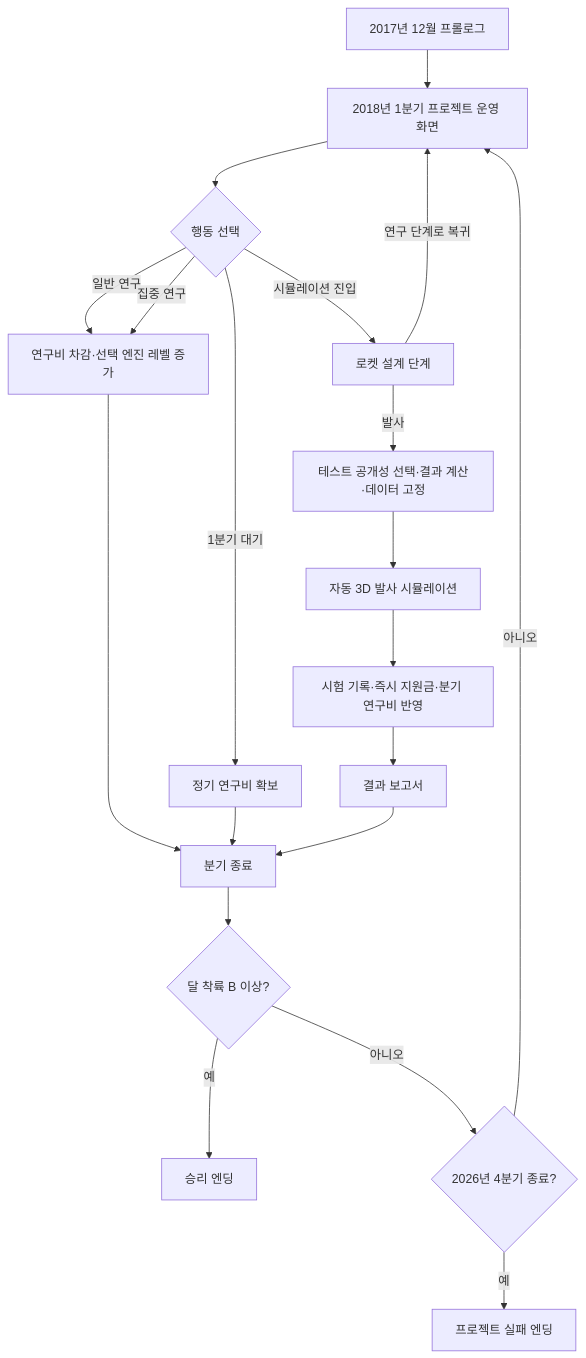
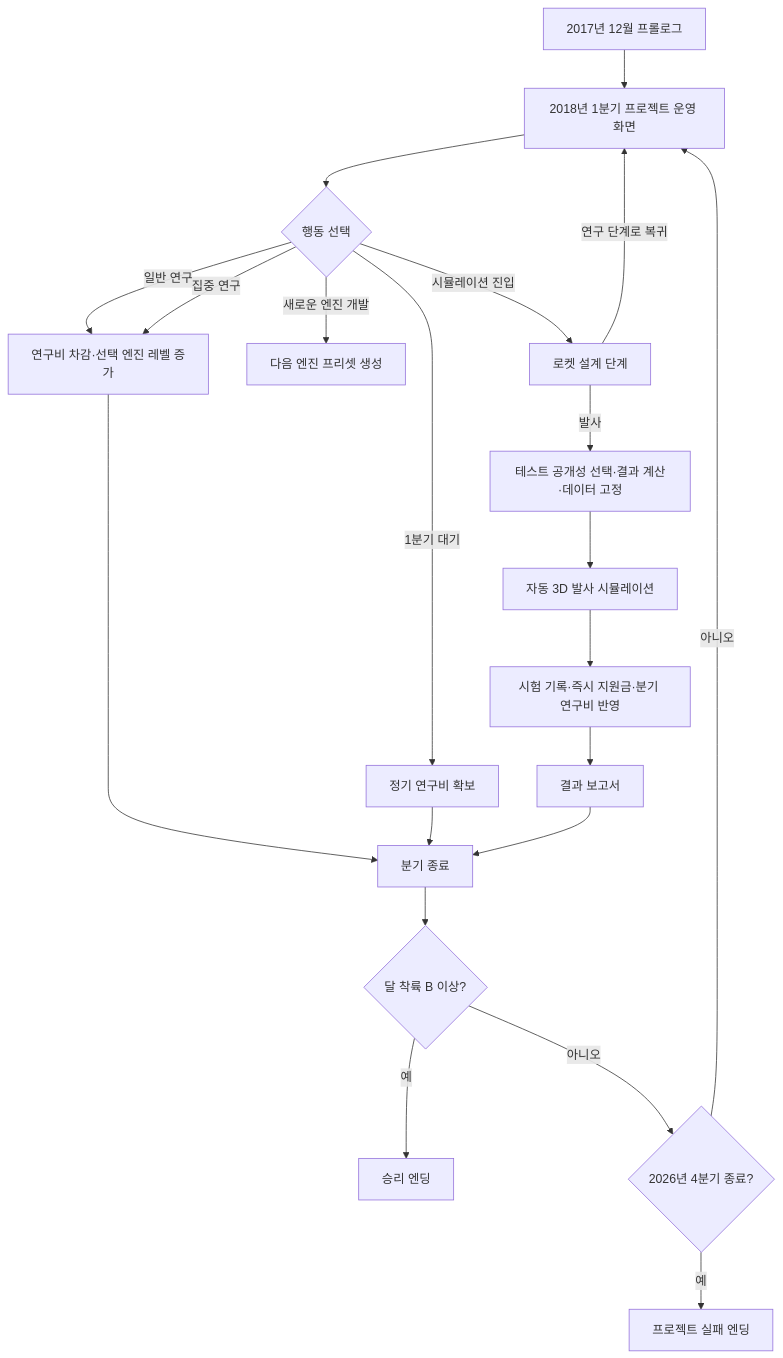
The first of 2 diagrams in docs/artemis-2026-gdd/02_전체_플레이_흐름.md (NHNAI-26/2026NHNAI), drawn with Mermaid before and after one commit. The commit also changed other lines of this file and 20 other files, not shown here.

````diff
--- a/docs/artemis-2026-gdd/02_전체_플레이_흐름.md
+++ b/docs/artemis-2026-gdd/02_전체_플레이_흐름.md
@@ -8,22 +8,23 @@
 ```mermaid
 flowchart TD
     A[2017년 12월 프롤로그] --> B[2018년 1분기 프로젝트 운영 화면]
     B --> C{행동 선택}
     C -->|일반 연구| D[연구비 차감·선택 엔진 레벨 증가]
     C -->|집중 연구| D
+    C -->|새로운 엔진 개발| P[다음 엔진 프리셋 생성]
     C -->|1분기 대기| E[정기 연구비 확보]
     C -->|시뮬레이션 진입| F[로켓 설계 단계]
     F -->|연구 단계로 복귀| B
     F -->|발사| G[테스트 공개성 선택·결과 계산·데이터 고정]
     G --> H[자동 3D 발사 시뮬레이션]
     H --> I[시험 기록·즉시 지원금·분기 연구비 반영]
     I --> Q[결과 보고서]
     D --> J[분기 종료]
     E --> J
     Q --> J
     J --> K{달 착륙 B 이상?}
     K -->|예| L[승리 엔딩]
     K -->|아니오| M{2026년 4분기 종료?}
     M -->|아니오| B
     M -->|예| N[프로젝트 실패 엔딩]
 ```
````
